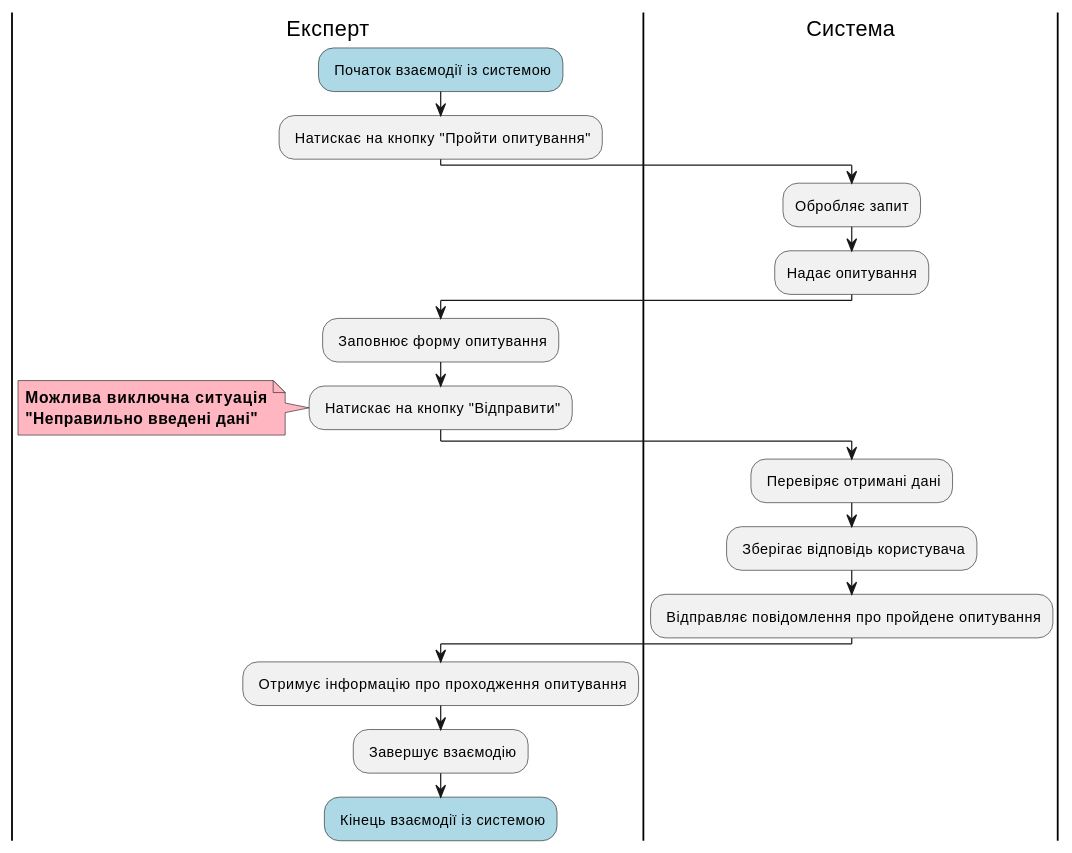
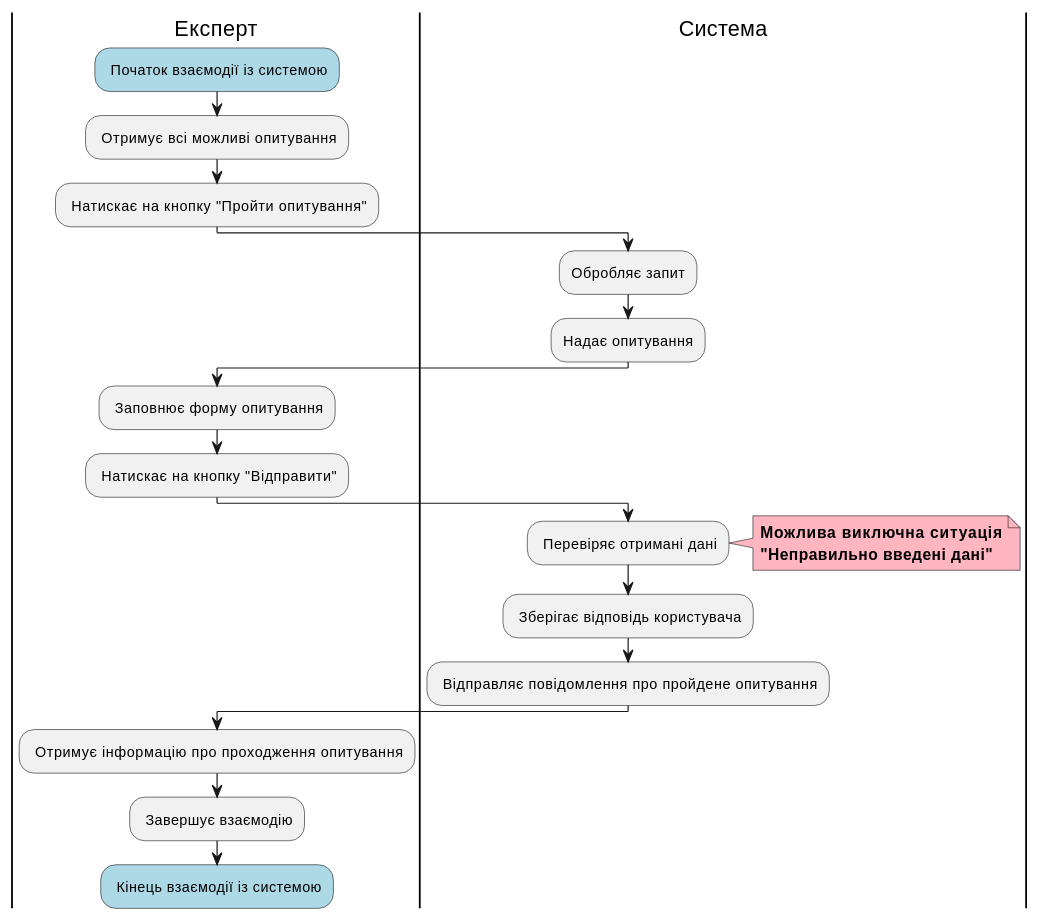
Before and after one commit to kujo205/db_labs: diagram 11 of 12 in docs/use cases/README.md, drawn with PlantUML. The commit also changed other lines of this file, not shown here.

```diff
--- a/docs/use cases/README.md
+++ b/docs/use cases/README.md
@@ -486,30 +461,32 @@
 @startuml
 
   |Експерт|
   #lightblue : Початок взаємодії із системою;
+  : Отримує всі можливі опитування;
   : Натискає на кнопку "Пройти опитування";
 
   |Система|
   :Обробляє запит;
   :Надає опитування;
 
   |Експерт|
   : Заповнює форму опитування;
   : Натискає на кнопку "Відправити";
 
-  note left #lightpink
+  |Система|
+  : Перевіряє отримані дані;
+
+  note right #lightpink
     <b>Можлива виключна ситуація</b>
     <b>"Неправильно введені дані"</b>
   end note
 
-  |Система|
-  : Перевіряє отримані дані;
   : Зберігає відповідь користувача;
   : Відправляє повідомлення про пройдене опитування;
 
   |Експерт|
   : Отримує інформацію про проходження опитування;
   : Завершує взаємодію;
   #lightblue : Кінець взаємодії із системою;
 
 @enduml
```
